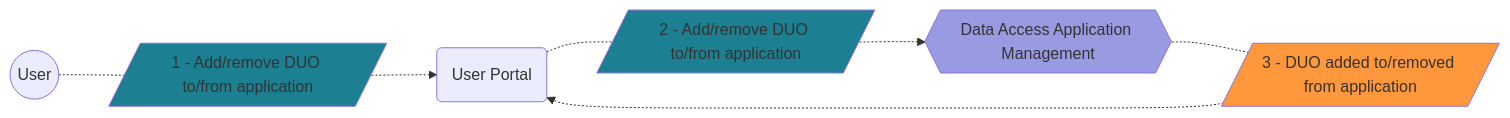
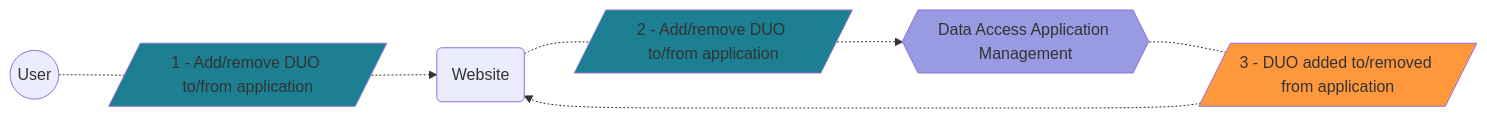
One commit to GenomicDataInfrastructure/gdi-userportal-docs changed the tenth of 15 diagrams in content/docs/data-access-application-management/use-cases/_index.md. Above: the diagram before and after it, drawn with Mermaid. The commit also changed other lines of this file, not shown here.

````diff
--- a/content/docs/data-access-application-management/use-cases/_index.md
+++ b/content/docs/data-access-application-management/use-cases/_index.md
@@ -379,36 +379,36 @@
 ```mermaid
 flowchart LR
     user(("`
         User
     `"))
     
-    user_portal("`
-        User Portal
+    website("`
+        Website
     `")
     
     daam{{"`
         Data Access Application Management
     `"}}
     style daam fill:#999be2
     
     add_duo_1[/"`
         1 - Add/remove DUO to/from application
     `"/]
     add_duo_2[/"`
         2 - Add/remove DUO to/from application
     `"/]
     style add_duo_1 fill:#1C8092
     style add_duo_2 fill:#1C8092
 
     duo_added[/"`
         3 - DUO added to/removed from application
     `"/]
     style duo_added fill:#FF983D
 
     user -.- add_duo_1
-    add_duo_1 -.-> user_portal
-    user_portal -.- add_duo_2
+    add_duo_1 -.-> website
+    website -.- add_duo_2
     add_duo_2 -.-> daam
     daam -.- duo_added
-    duo_added -.-> user_portal
+    duo_added -.-> website
 ```
````
